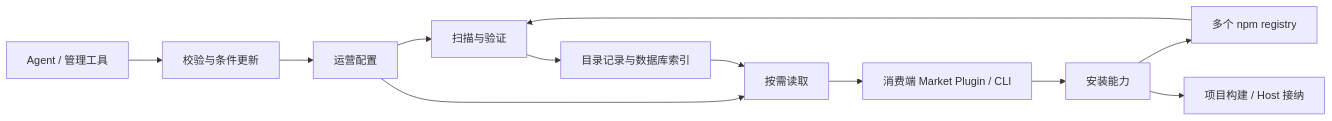
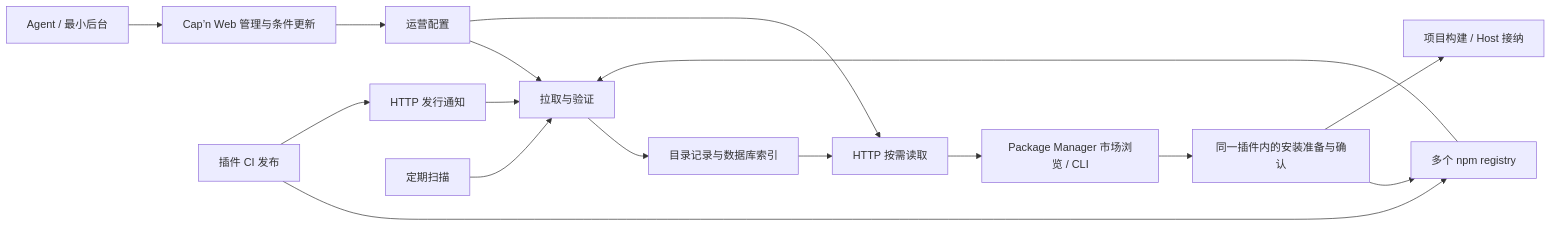
Before and after one commit to PluxelJS/pluxel: the diagram in engineering/proposals/plugin-distribution/README.md, drawn with Mermaid. The commit also changed other lines of this file and 70 other files, not shown here.

First line of the commit message:
feat(market): add Worker catalog and reviewed plugin installation

````diff
--- a/engineering/proposals/plugin-distribution/README.md
+++ b/engineering/proposals/plugin-distribution/README.md
@@ -18,14 +23,18 @@
 ```mermaid
 flowchart LR
-    A[Agent / 管理工具] --> W[校验与条件更新]
+    A[Agent / 最小后台] --> W[Cap’n Web 管理与条件更新]
     W --> C[运营配置]
-    R[多个 npm registry] --> S[扫描与验证]
+    P[插件 CI 发布] --> R[多个 npm registry]
+    P --> N[HTTP 发行通知]
+    N --> S[拉取与验证]
+    R --> S
+    T[定期扫描] --> S
     C --> S
     S --> D[目录记录与数据库索引]
-    C --> Q[按需读取]
+    C --> Q[HTTP 按需读取]
     D --> Q
-    Q --> M[消费端 Market Plugin / CLI]
-    M --> I[安装能力]
+    Q --> M[Package Manager 市场浏览 / CLI]
+    M --> I[同一插件内的安装准备与确认]
     I --> R
     I --> H[项目构建 / Host 接纳]
 ```
````
